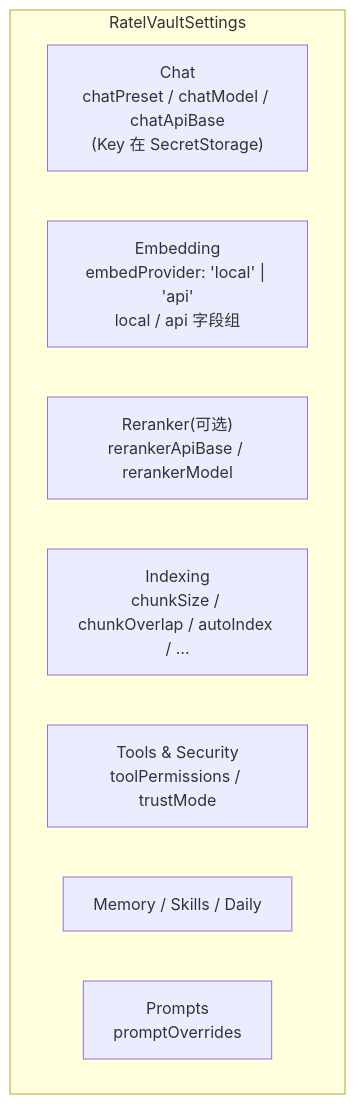
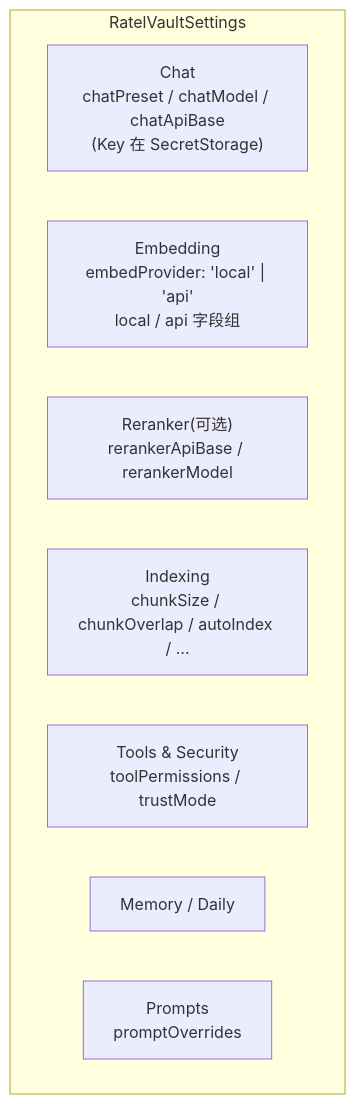
Before and after one commit to golddream-y/obsidian-ratel: the first of 3 diagrams in docs/architecture/host/settings.md, drawn with Mermaid. The commit also changed other lines of this file and 36 other files, not shown here.

````diff
--- a/docs/architecture/host/settings.md
+++ b/docs/architecture/host/settings.md
@@ -64,12 +64,12 @@
 ```mermaid
 graph TB
     subgraph "RatelVaultSettings"
         CHAT["Chat<br/>chatPreset / chatModel / chatApiBase<br/>(Key 在 SecretStorage)"]
         EMB["Embedding<br/>embedProvider: 'local' | 'api'<br/>local / api 字段组"]
         RER["Reranker(可选)<br/>rerankerApiBase / rerankerModel"]
         IDX["Indexing<br/>chunkSize / chunkOverlap / autoIndex / …"]
         TOOLS["Tools & Security<br/>toolPermissions / trustMode"]
-        MEM["Memory / Skills / Daily"]
+        MEM["Memory / Daily"]
         PROMPTS["Prompts<br/>promptOverrides"]
     end
 ```
````
